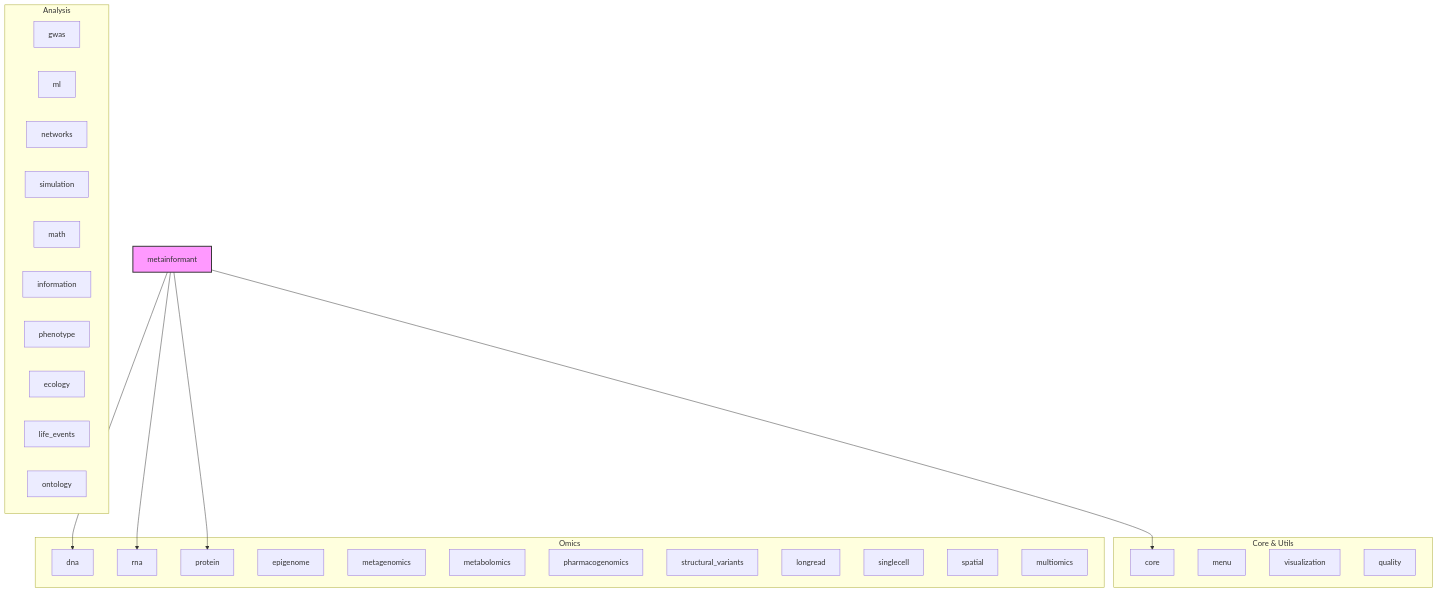
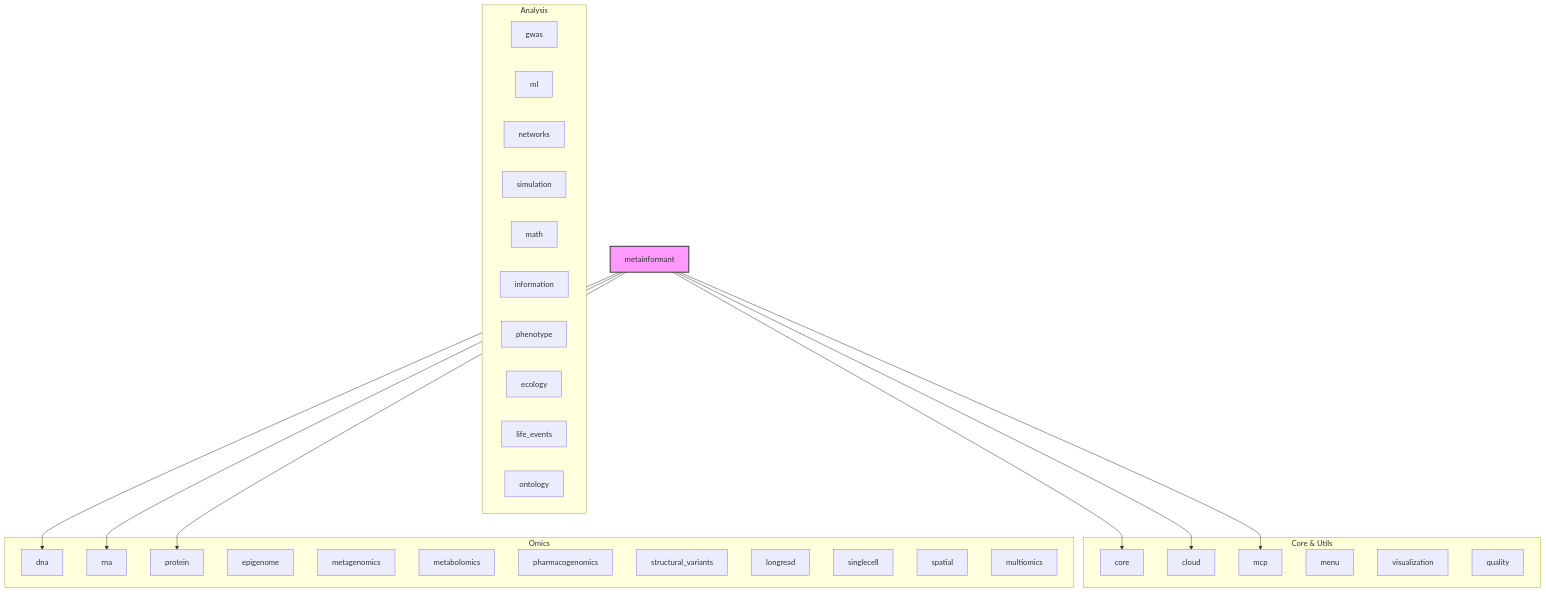
Before and after one commit to docxology/MetaInformAnt: the diagram in src/metainformant/README.md, drawn with Mermaid. The commit also changed other lines of this file and 153 other files, not shown here.

````diff
--- a/src/metainformant/README.md
+++ b/src/metainformant/README.md
@@ -40,45 +42,49 @@
 ```mermaid
 graph TD
     metainformant[metainformant]
     style metainformant fill:#f9f,stroke:#333,stroke-width:2px
 
     subgraph "Core & Utils"
         core[core]
+        cloud[cloud]
+        mcp[mcp]
         menu[menu]
         visualization[visualization]
         quality[quality]
     end
 
     subgraph "Omics"
         dna[dna]
         rna[rna]
         protein[protein]
         epigenome[epigenome]
         metagenomics[metagenomics]
         metabolomics[metabolomics]
         pharmacogenomics[pharmacogenomics]
         structural_variants[structural_variants]
         longread[longread]
         singlecell[singlecell]
         spatial[spatial]
         multiomics[multiomics]
     end
 
     subgraph "Analysis"
         gwas[gwas]
         ml[ml]
         networks[networks]
         simulation[simulation]
         math[math]
         information[information]
         phenotype[phenotype]
         ecology[ecology]
         life_events[life_events]
         ontology[ontology]
     end
 
     metainformant --> core
+    metainformant --> cloud
+    metainformant --> mcp
     metainformant --> dna
     metainformant --> rna
     metainformant --> protein
 ```
````
